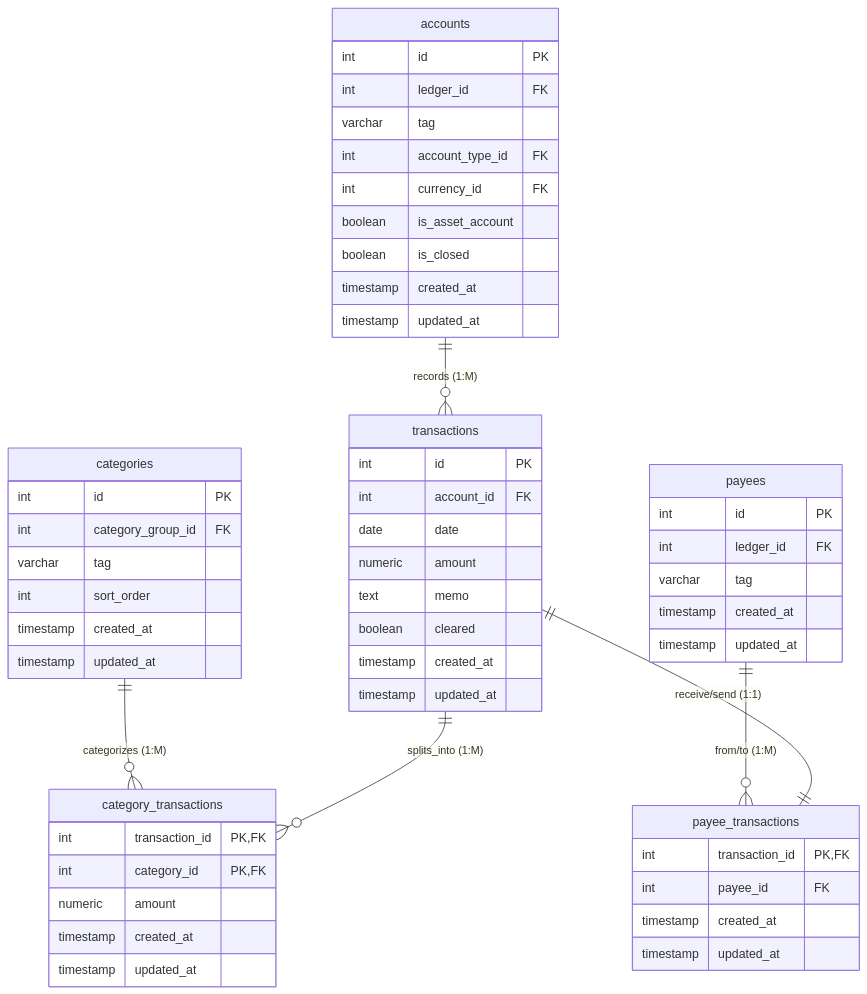
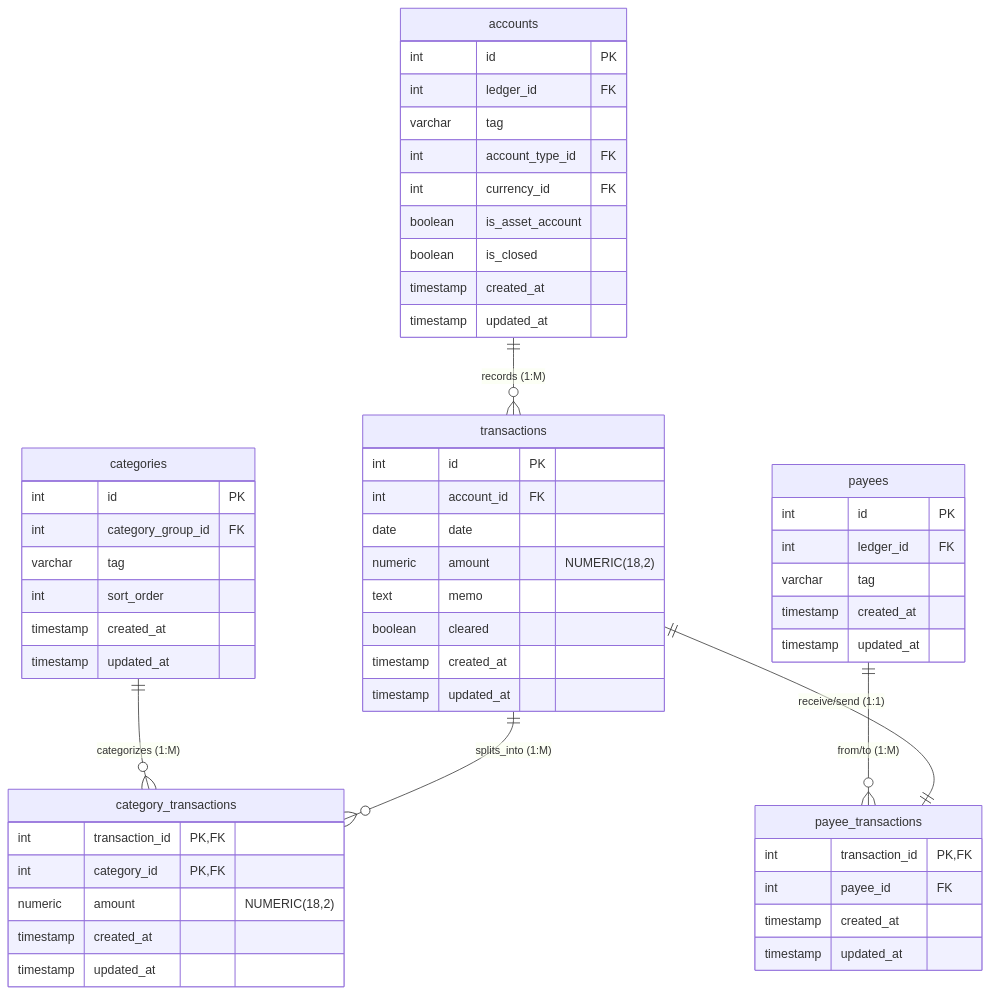
The seventh of 11 diagrams in database/docs/table_relationships.md (tiagopaispereira/ledger-to-invest), drawn with Mermaid before and after one commit. The commit also changed other lines of this file, not shown here.

````diff
--- a/database/docs/table_relationships.md
+++ b/database/docs/table_relationships.md
@@ -421,63 +391,63 @@
 ```mermaid
 erDiagram
     accounts {
         int id PK
         int ledger_id FK
         varchar tag
         int account_type_id FK
         int currency_id FK
         boolean is_asset_account
         boolean is_closed
         timestamp created_at
         timestamp updated_at
     }
     
     transactions {
         int id PK
         int account_id FK
         date date
-        numeric amount
+        numeric amount "NUMERIC(18,2)"
         text memo
         boolean cleared
         timestamp created_at
         timestamp updated_at
     }
 
     categories {
         int id PK
         int category_group_id FK
         varchar tag
         int sort_order
         timestamp created_at
         timestamp updated_at
     }
 
     category_transactions {
         int transaction_id PK, FK
         int category_id PK, FK
-        numeric amount
+        numeric amount "NUMERIC(18,2)"
         timestamp created_at
         timestamp updated_at
     }
 
     payees {
         int id PK
         int ledger_id FK
         varchar tag
         timestamp created_at
         timestamp updated_at
     }
 
     payee_transactions {
         int transaction_id PK, FK
         int payee_id FK
         timestamp created_at
         timestamp updated_at
     }
     
     accounts ||--o{ transactions : "records (1:M)"
     categories ||--o{ category_transactions : "categorizes (1:M)"
     transactions ||--o{ category_transactions : "splits_into (1:M)"
     payees ||--o{ payee_transactions : "from/to (1:M)"
     transactions ||--|| payee_transactions : "receive/send (1:1)"
 ```
````
